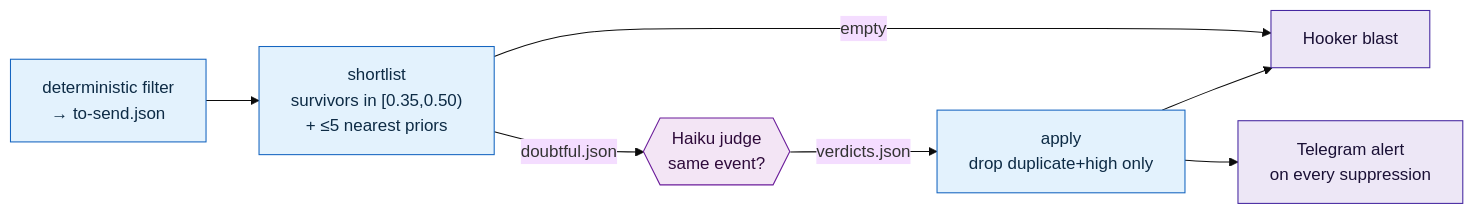
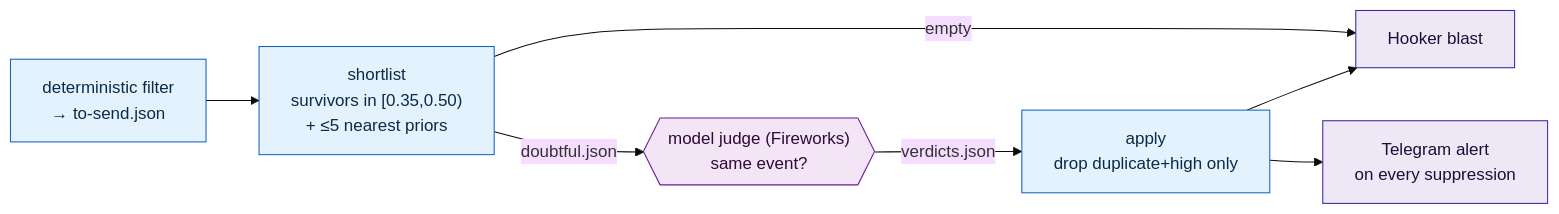
Before and after one commit to guzus/ai-research-arm: the third of 3 diagrams in docs/headline-dedupe.md, drawn with Mermaid (base theme). The commit also changed other lines of this file and 4 other files, not shown here.

````diff
--- a/docs/headline-dedupe.md
+++ b/docs/headline-dedupe.md
@@ -167,12 +185,12 @@
 ```mermaid
 flowchart LR
     FILTER["deterministic filter<br/>→ to-send.json"]:::proc --> SHORT["shortlist<br/>survivors in [0.35,0.50)<br/>+ ≤5 nearest priors"]:::proc
     SHORT -->|empty| BLAST
-    SHORT -->|"doubtful.json"| JUDGE{{"Haiku judge<br/>same event?"}}:::model
+    SHORT -->|"doubtful.json"| JUDGE{{"model judge (Fireworks)<br/>same event?"}}:::model
     JUDGE -->|"verdicts.json"| APPLY["apply<br/>drop duplicate+high only"]:::proc
     APPLY --> ALERT["Telegram alert<br/>on every suppression"]:::io
     APPLY --> BLAST["Hooker blast"]:::io
     classDef proc fill:#e3f2fd,stroke:#1565c0,color:#0d2b45;
     classDef model fill:#f3e5f5,stroke:#6a1b9a,color:#2e0a3a;
     classDef io fill:#ede7f6,stroke:#4527a0,color:#1a1035;
 ```
````
